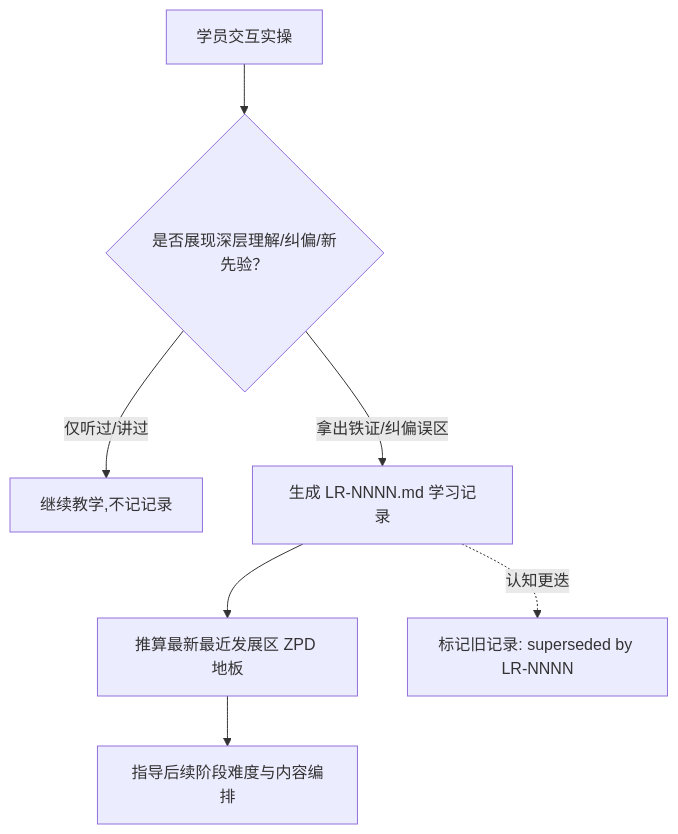
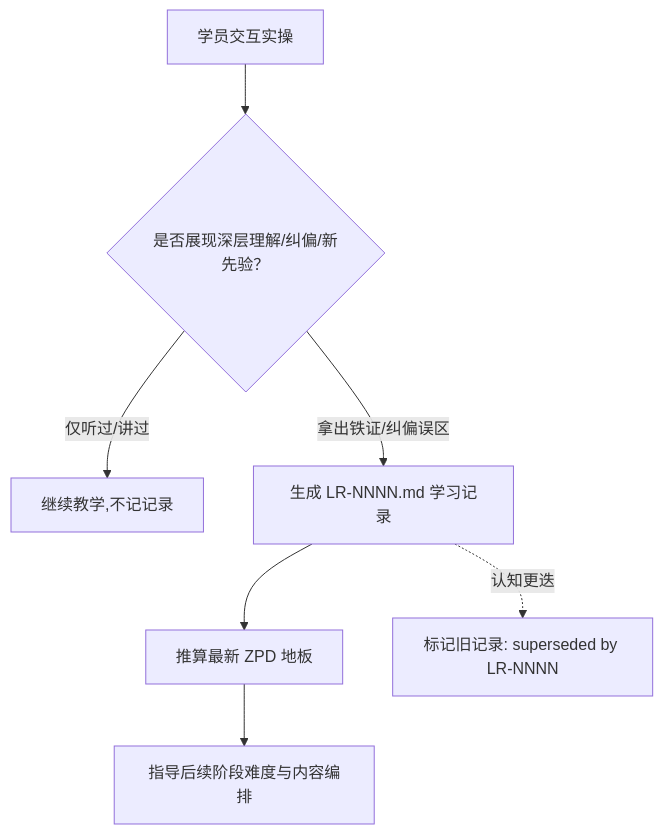
One commit to eanzhao-os/mattpocock-skills-cn changed the diagram in 23-teach_LEARNING-RECORD-FORMAT.md. Above: the diagram before and after it, drawn with Mermaid. The commit also changed other lines of this file and 57 other files, not shown here.

````diff
--- a/23-teach_LEARNING-RECORD-FORMAT.md
+++ b/23-teach_LEARNING-RECORD-FORMAT.md
@@ -57,9 +57,9 @@
 ```mermaid
 flowchart TD
     A[学员交互实操] --> B{"是否展现深层理解/纠偏/新先验？"}
     B -->|仅听过/讲过| C[继续教学,不记记录]
     B -->|拿出铁证/纠偏误区| D[生成 LR-NNNN.md 学习记录]
-    D --> E[推算最新最近发展区 ZPD 地板]
+    D --> E[推算最新 ZPD 地板]
     E --> F[指导后续阶段难度与内容编排]
     D -. 认知更迭 .-> G["标记旧记录: superseded by LR-NNNN"]
 ```
````
